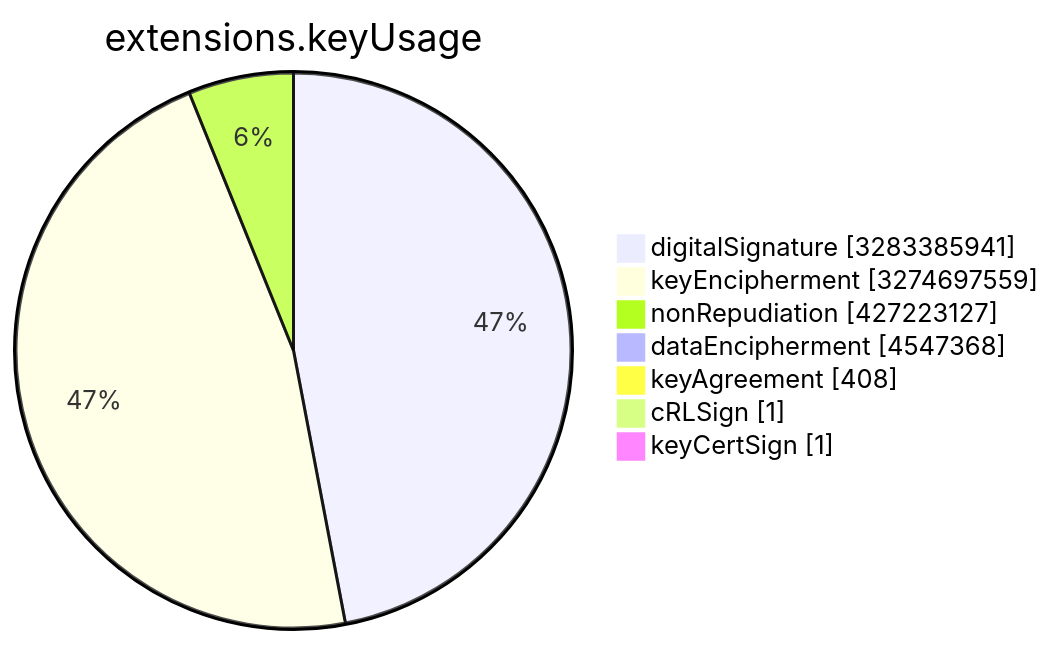
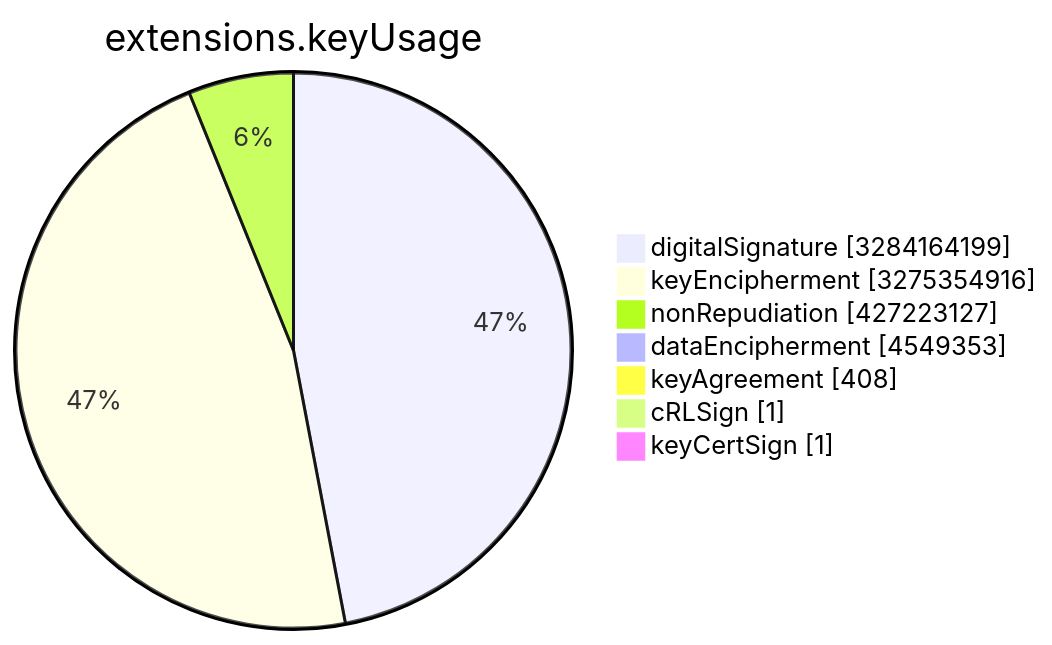
The sixth of 15 diagrams in TOTAL/README.md (christiankrug/ctmonitor_visualization), drawn with Mermaid before and after one commit. The commit also changed other lines of this file, not shown here.

````diff
--- a/TOTAL/README.md
+++ b/TOTAL/README.md
@@ -3078,11 +3078,11 @@
 ```mermaid
 pie showData
 title extensions.keyUsage
-"digitalSignature" :3283385941
-"keyEncipherment" :3274697559
+"digitalSignature" :3284164199
+"keyEncipherment" :3275354916
 "nonRepudiation" :427223127
-"dataEncipherment" :4547368
+"dataEncipherment" :4549353
 "keyAgreement" :408
 "cRLSign" :1
 "keyCertSign" :1
 ```
````
